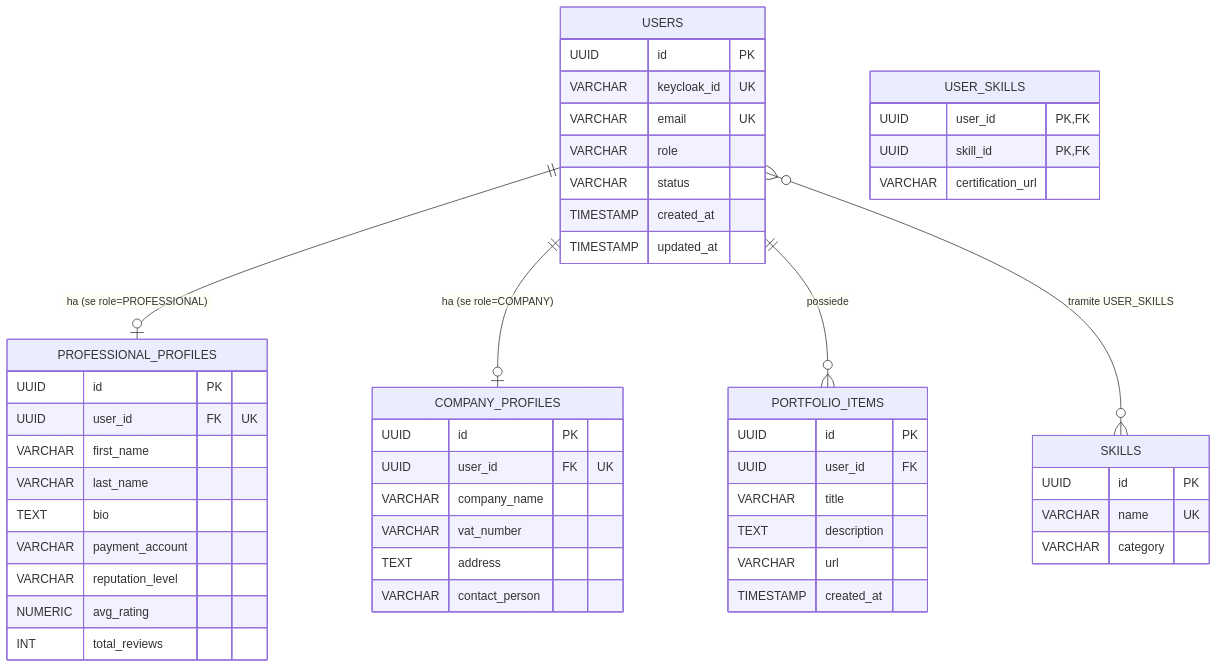
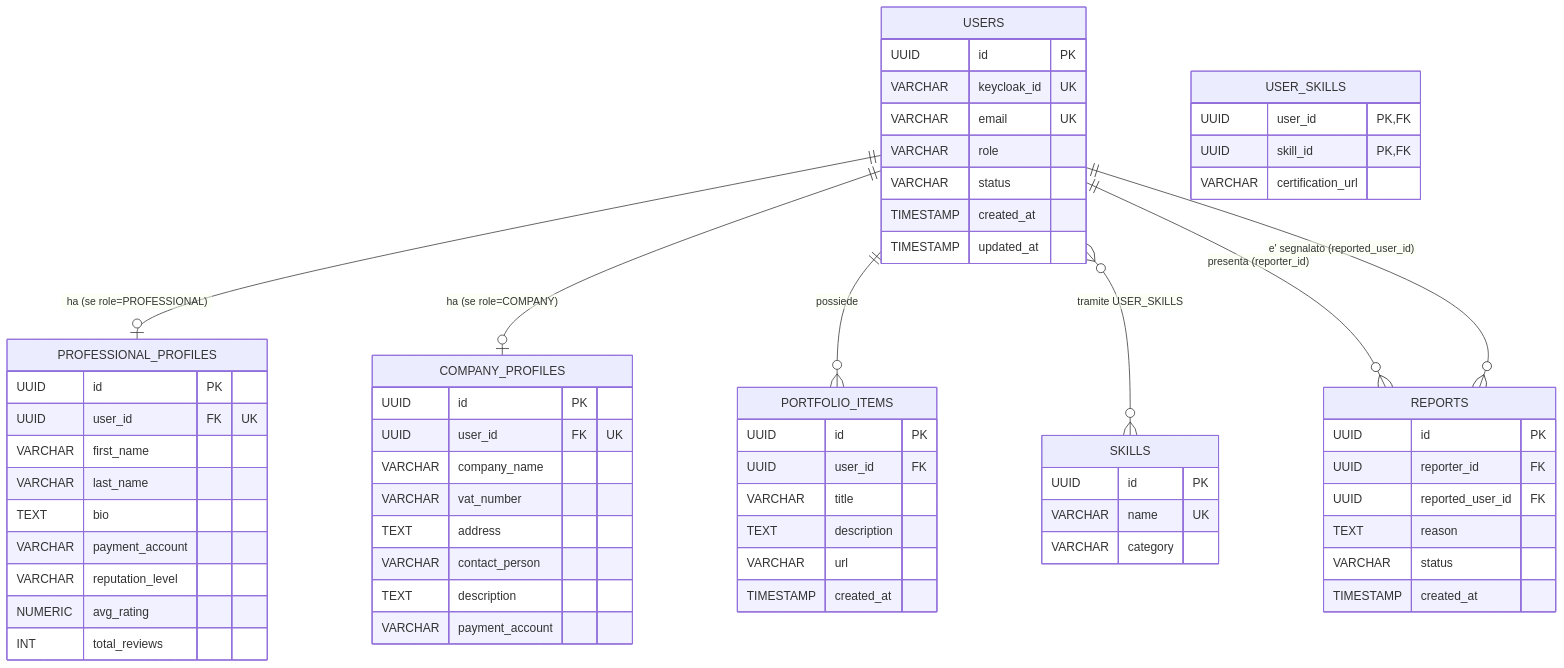
Before and after one commit to aandrioli62/skillmatch-2026: the diagram in docs/er-diagrams/user-service-er.md, drawn with Mermaid. The commit also changed other lines of this file and 79 other files, not shown here.

````diff
--- a/docs/er-diagrams/user-service-er.md
+++ b/docs/er-diagrams/user-service-er.md
@@ -5,59 +5,72 @@
 ```mermaid
 erDiagram
     USERS ||--o| PROFESSIONAL_PROFILES : "ha (se role=PROFESSIONAL)"
     USERS ||--o| COMPANY_PROFILES : "ha (se role=COMPANY)"
     USERS ||--o{ PORTFOLIO_ITEMS : "possiede"
     USERS }o--o{ SKILLS : "tramite USER_SKILLS"
+    USERS ||--o{ REPORTS : "presenta (reporter_id)"
+    USERS ||--o{ REPORTS : "e' segnalato (reported_user_id)"
 
     USERS {
         UUID id PK
         VARCHAR keycloak_id UK
         VARCHAR email UK
         VARCHAR role
         VARCHAR status
         TIMESTAMP created_at
         TIMESTAMP updated_at
     }
 
     PROFESSIONAL_PROFILES {
         UUID id PK
         UUID user_id FK "UK"
         VARCHAR first_name
         VARCHAR last_name
         TEXT bio
         VARCHAR payment_account
         VARCHAR reputation_level
         NUMERIC avg_rating
         INT total_reviews
     }
 
     COMPANY_PROFILES {
         UUID id PK
         UUID user_id FK "UK"
         VARCHAR company_name
         VARCHAR vat_number
         TEXT address
         VARCHAR contact_person
+        TEXT description
+        VARCHAR payment_account
     }
 
     SKILLS {
         UUID id PK
         VARCHAR name UK
         VARCHAR category
     }
 
     USER_SKILLS {
         UUID user_id PK,FK
         UUID skill_id PK,FK
         VARCHAR certification_url
     }
 
     PORTFOLIO_ITEMS {
         UUID id PK
         UUID user_id FK
         VARCHAR title
         TEXT description
         VARCHAR url
         TIMESTAMP created_at
     }
+
+    REPORTS {
+        UUID id PK
+        UUID reporter_id FK
+        UUID reported_user_id FK
+        TEXT reason
+        VARCHAR status
+        TIMESTAMP created_at
+    }
 ```
````
